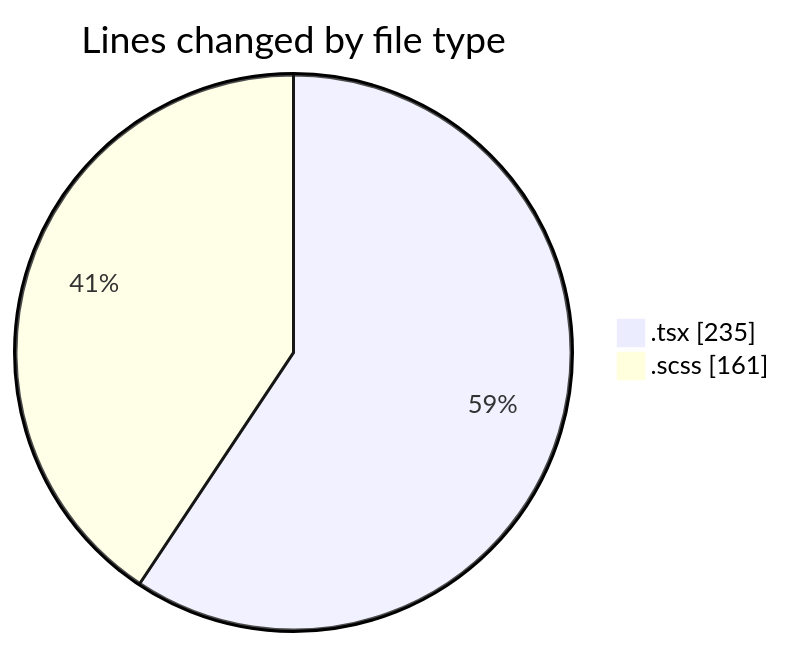
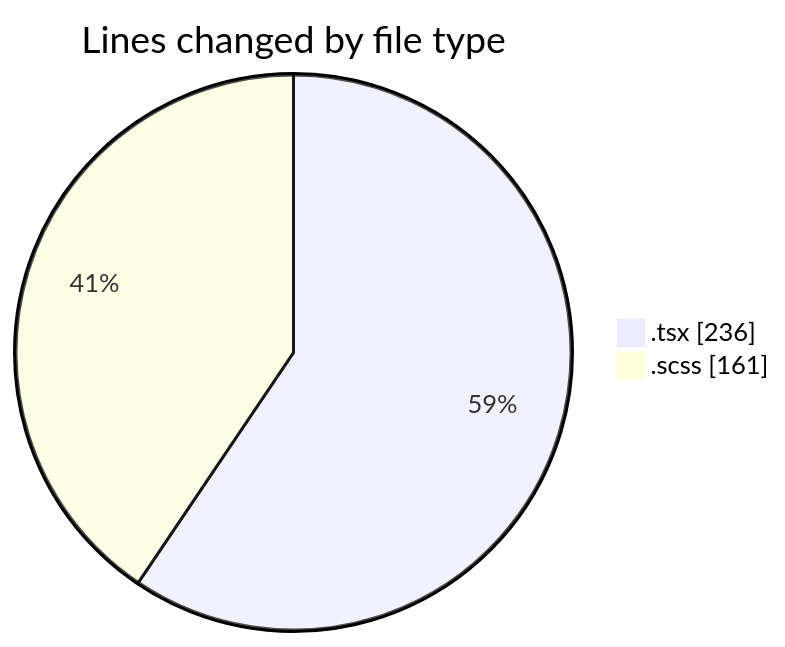
One commit to momahboobian/code-tracking changed the first of 2 diagrams in 2025-09-16/cda/README.md. Above: the diagram before and after it, drawn with Mermaid. The commit also changed other lines of this file and 1 other file, not shown here.

````diff
--- a/2025-09-16/cda/README.md
+++ b/2025-09-16/cda/README.md
@@ -22,6 +22,6 @@
 ```mermaid
 pie showData
 title Lines changed by file type
-".tsx" : 235
+".tsx" : 236
 ".scss" : 161
 ```
````
